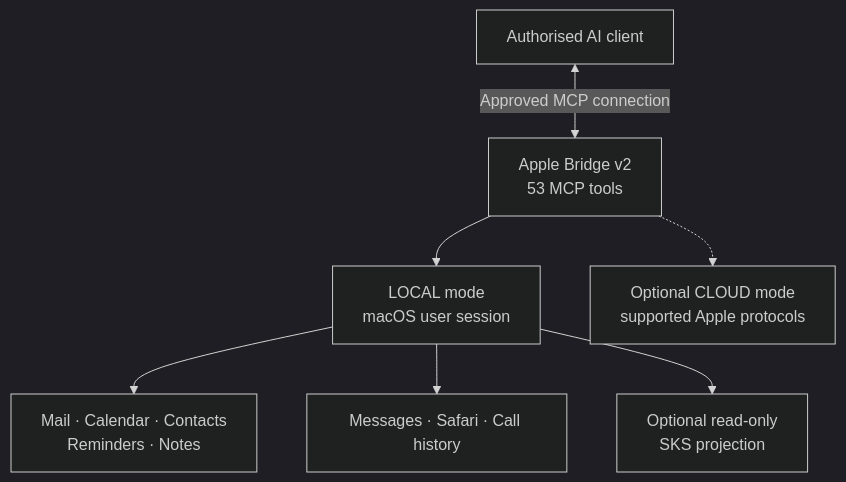
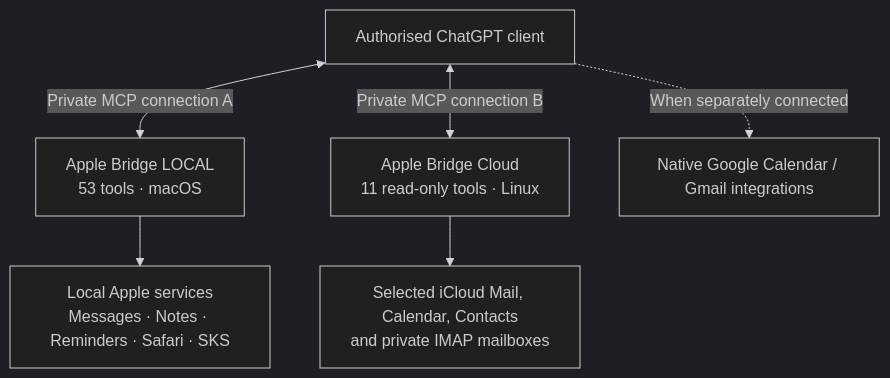
One commit to mksolutionsuniversal/apple-bridge-v2 changed the diagram in README.md. Above: the diagram before and after it, drawn with Mermaid (dark theme). The commit also changed other lines of this file, not shown here.

Commit message:
docs: update public Apple Bridge v2 showcase with Cloud

````diff
--- a/README.md
+++ b/README.md
@@ -92,9 +118,8 @@
 ```mermaid
 flowchart TB
-    U["Authorised AI client"] <-->|"Approved MCP connection"| B["Apple Bridge v2<br/>53 MCP tools"]
-    B --> L["LOCAL mode<br/>macOS user session"]
-    L --> A["Mail · Calendar · Contacts<br/>Reminders · Notes"]
-    L --> M["Messages · Safari · Call history"]
-    L --> H["Optional read-only<br/>SKS projection"]
-    B -.-> C["Optional CLOUD mode<br/>supported Apple protocols"]
+    U["Authorised ChatGPT client"] <-->|"Private MCP connection A"| L["Apple Bridge LOCAL<br/>53 tools · macOS"]
+    U <-->|"Private MCP connection B"| C["Apple Bridge Cloud<br/>11 read-only tools · Linux"]
+    L --> A["Local Apple services<br/>Messages · Notes · Reminders · Safari · SKS"]
+    C --> B["Selected iCloud Mail, Calendar, Contacts<br/>and private IMAP mailboxes"]
+    U -.->|"When separately connected"| G["Native Google Calendar / Gmail integrations"]
 ```
````
